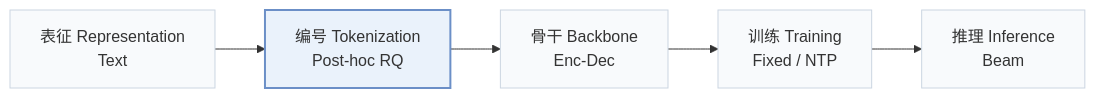
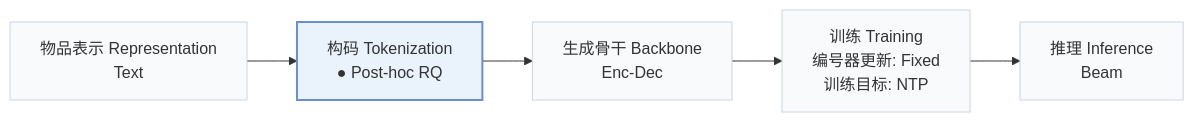
One commit to Galaxy-ghost/Awesome-SID-Generative-Rec changed the first of 2 diagrams in pages/zh/papers/psi.md. Above: the diagram before and after it, drawn with Mermaid. The commit also changed other lines of this file and 558 other files, not shown here.

````diff
--- a/pages/zh/papers/psi.md
+++ b/pages/zh/papers/psi.md
@@ -15,8 +19,8 @@
 ```mermaid
 flowchart LR
-    R["表征 Representation<br/>Text"] --> T["编号 Tokenization<br/>Post-hoc RQ"] --> B["骨干 Backbone<br/>Enc-Dec"] --> TR["训练 Training<br/>Fixed / NTP"] --> I["推理 Inference<br/>Beam"]
+    R["物品表示 Representation<br/>Text"] --> T["构码 Tokenization<br/>● Post-hoc RQ"] --> B["生成骨干 Backbone<br/>Enc-Dec"] --> TR["训练 Training<br/>编号器更新: Fixed<br/>训练目标: NTP"] --> I["推理 Inference<br/>Beam"]
     classDef base fill:#f8fafc,stroke:#cbd5e1
     class R,T,B,TR,I base
     classDef main fill:#eaf2fb,stroke:#6b8fc7,stroke-width:2px
     class T main
 ```
````
